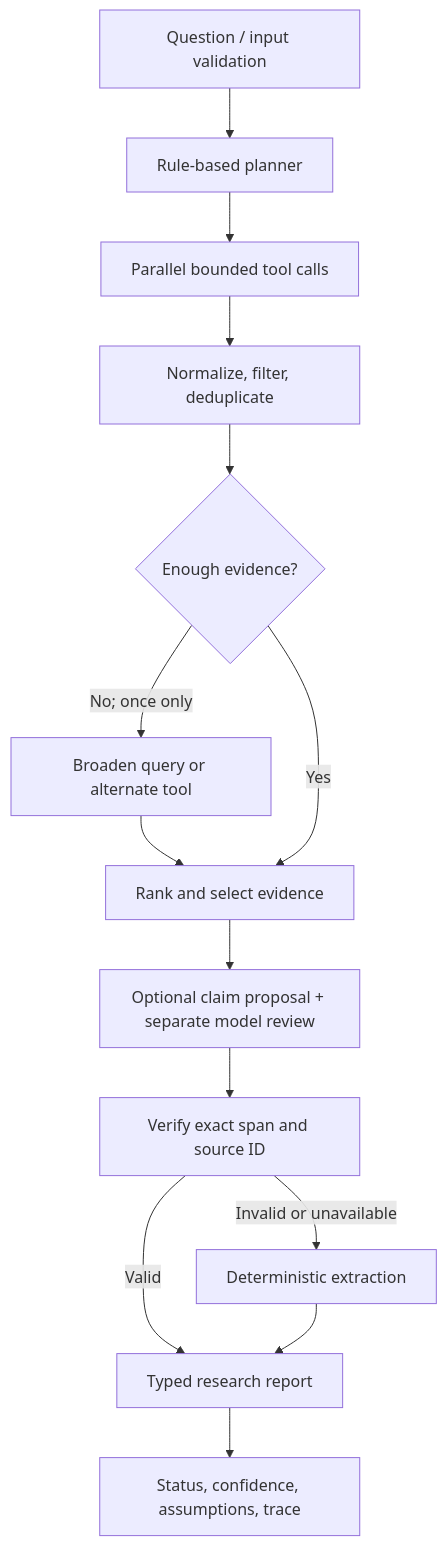
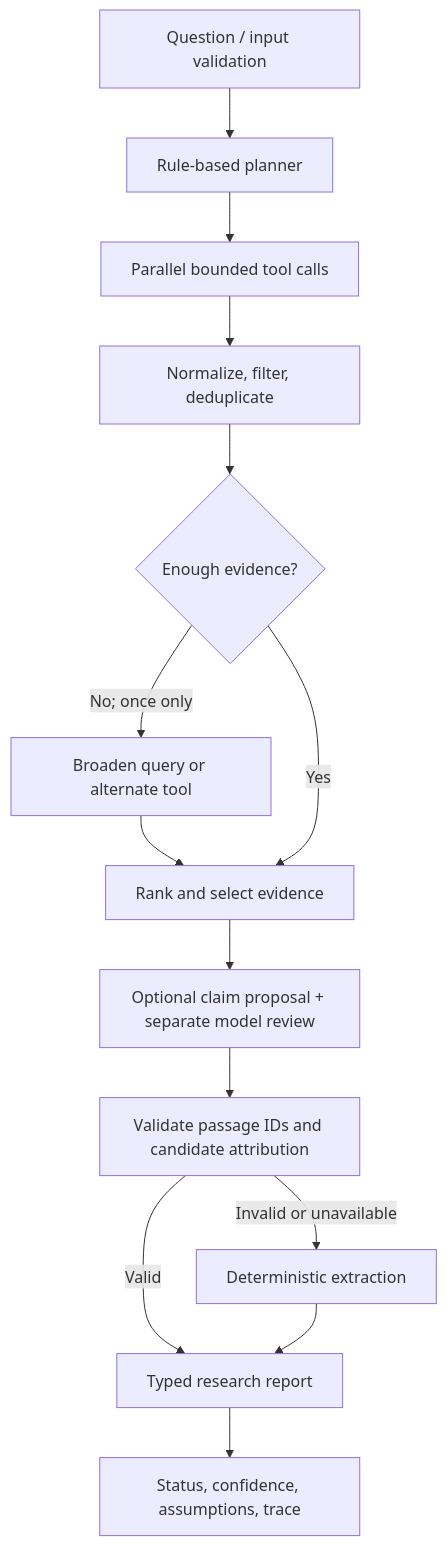
The diagram in README.md (Riyamahato2003/veritas-research-agent), drawn with Mermaid before and after one commit. The commit also changed other lines of this file and 17 other files, not shown here.

Commit message:
Fix candidate attribution and confidence reporting

````diff
--- a/README.md
+++ b/README.md
@@ -35,16 +35,16 @@
 ```mermaid
 flowchart TD
   Q[Question / input validation] --> P[Rule-based planner]
   P --> T[Parallel bounded tool calls]
   T --> F[Normalize, filter, deduplicate]
   F --> R{Enough evidence?}
   R -->|No; once only| T2[Broaden query or alternate tool]
   T2 --> S[Rank and select evidence]
   R -->|Yes| S
   S --> M[Optional claim proposal + separate model review]
-  M --> V[Verify exact span and source ID]
+  M --> V[Validate passage IDs and candidate attribution]
   V -->|Invalid or unavailable| X[Deterministic extraction]
   V -->|Valid| O[Typed research report]
   X --> O
   O --> A[Status, confidence, assumptions, trace]
 ```
````
